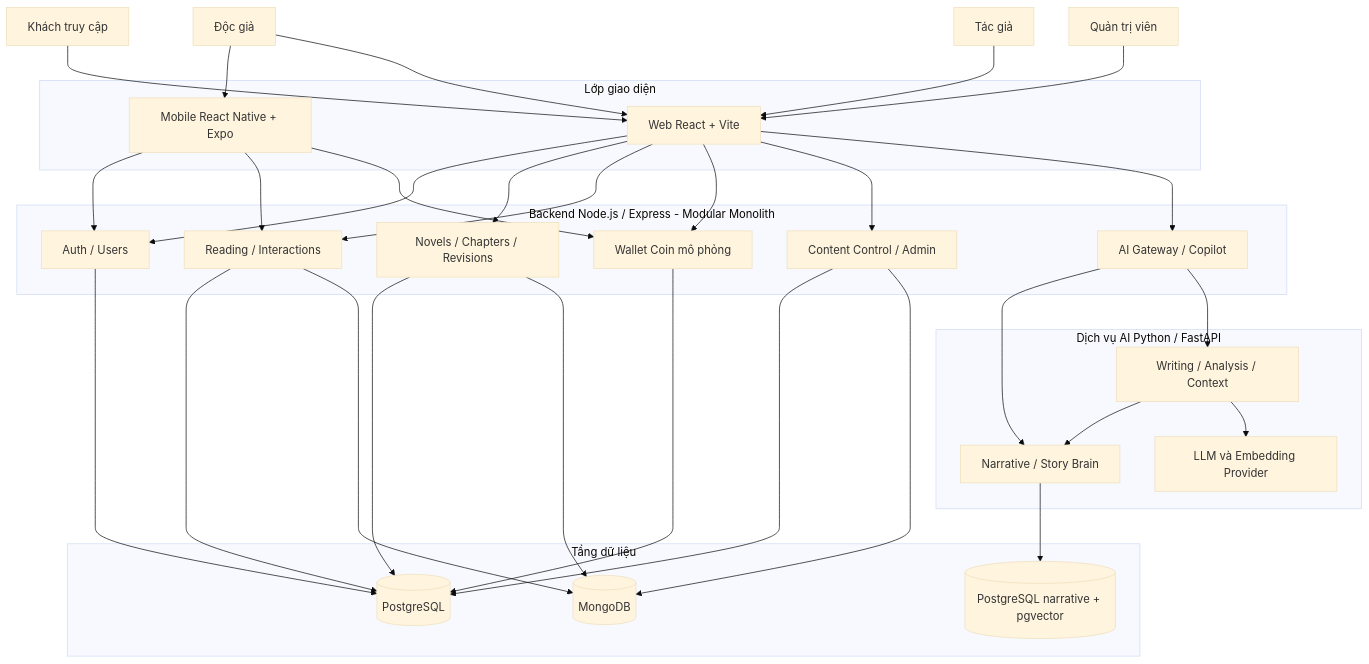
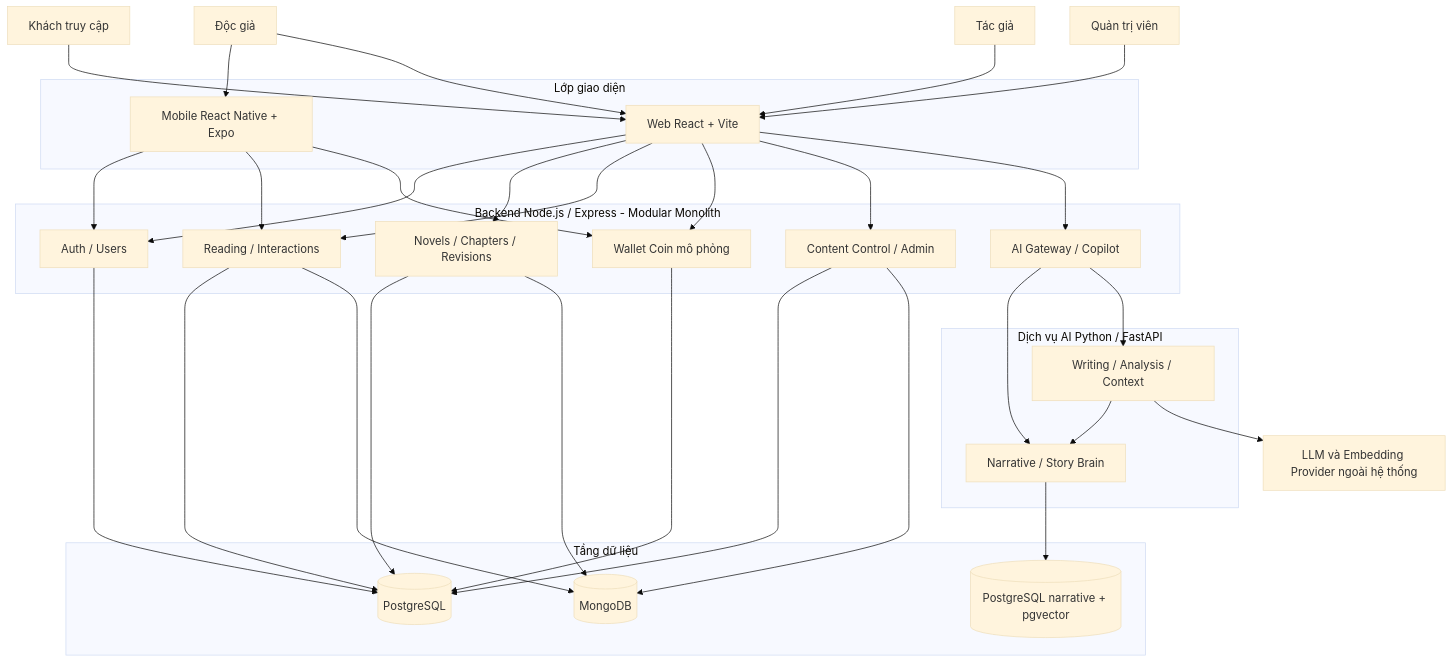
The first of 20 diagrams in docs/BAO_CAO_CHUONG_3.md (Ephurin/Novel_sharing_platform), drawn with Mermaid (base theme) before and after one commit. The commit also changed other lines of this file, not shown here.

Commit message:
docs: normalize Mermaid syntax and add split diagram viewing pages

````diff
--- a/docs/BAO_CAO_CHUONG_3.md
+++ b/docs/BAO_CAO_CHUONG_3.md
@@ -24,56 +27,56 @@
 ```mermaid
 flowchart TB
     Guest["Khách truy cập"]
     Reader["Độc giả"]
     Author["Tác giả"]
     Admin["Quản trị viên"]
     subgraph Clients["Lớp giao diện"]
         WEB["Web React + Vite"]
         MOBILE["Mobile React Native + Expo"]
     end
     subgraph Backend["Backend Node.js / Express - Modular Monolith"]
         AUTH["Auth / Users"]
         NOVEL["Novels / Chapters / Revisions"]
         READING["Reading / Interactions"]
         WALLET["Wallet Coin mô phỏng"]
         CONTROL["Content Control / Admin"]
         GATEWAY["AI Gateway / Copilot"]
     end
     subgraph AI["Dịch vụ AI Python / FastAPI"]
         NARR["Narrative / Story Brain"]
         GENERATE["Writing / Analysis / Context"]
-        PROVIDER["LLM và Embedding Provider"]
     end
     subgraph Storage["Tầng dữ liệu"]
         PG[("PostgreSQL")]
         MONGO[("MongoDB")]
         NVEC[("PostgreSQL narrative + pgvector")]
     end
+    PROVIDER["LLM và Embedding Provider ngoài hệ thống"]
     Guest --> WEB
     Reader --> MOBILE
     Reader --> WEB
     Author --> WEB
     Admin --> WEB
     WEB --> AUTH
     WEB --> NOVEL
     WEB --> READING
     WEB --> WALLET
     WEB --> CONTROL
     WEB --> GATEWAY
     MOBILE --> AUTH
     MOBILE --> READING
     MOBILE --> WALLET
     GATEWAY --> NARR
     GATEWAY --> GENERATE
     NARR --> NVEC
     GENERATE --> NARR
     GENERATE --> PROVIDER
     AUTH --> PG
     NOVEL --> PG
     NOVEL --> MONGO
     READING --> PG
     READING --> MONGO
     WALLET --> PG
     CONTROL --> PG
     CONTROL --> MONGO
 ```
````
